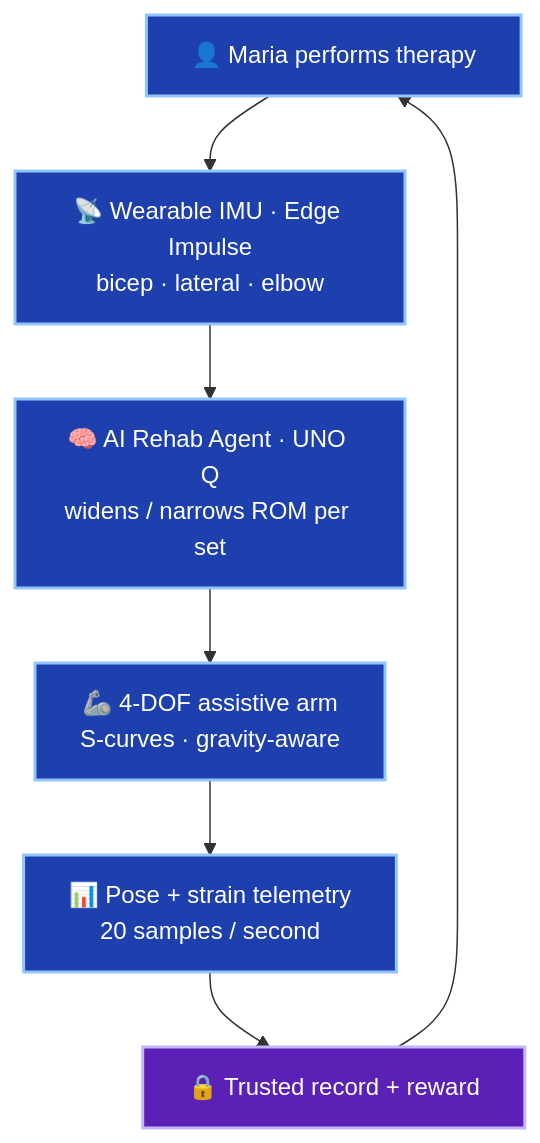
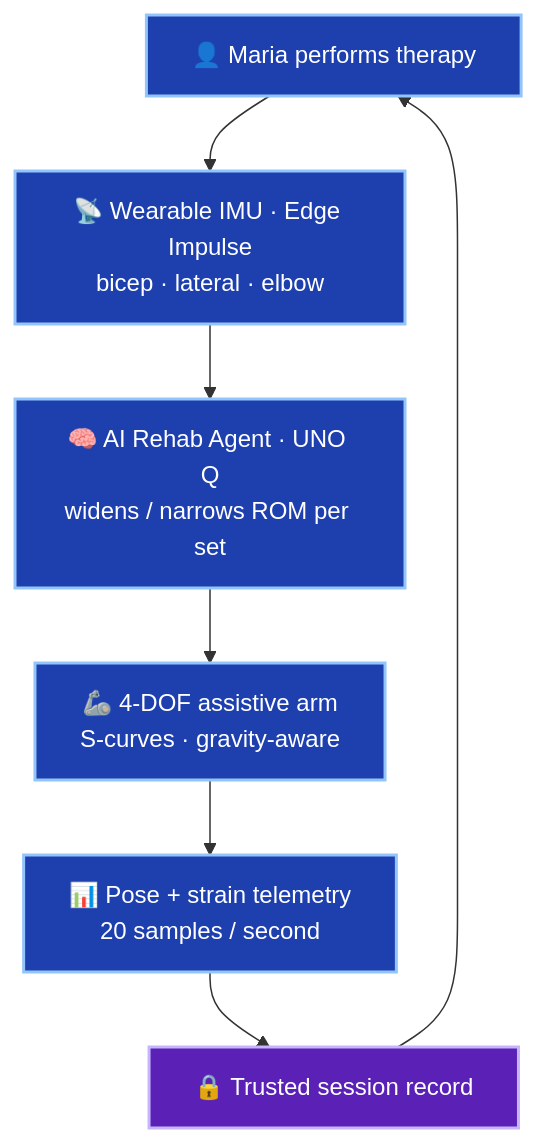
Before and after one commit to altaga/Armic: the first of 7 diagrams in README.md, drawn with Mermaid. The commit also changed other lines of this file and 5 other files, not shown here.

````diff
--- a/README.md
+++ b/README.md
@@ -101,16 +111,16 @@
 ```mermaid
 flowchart TD
     A["👤 Maria performs therapy"]
     B["📡 Wearable IMU · Edge Impulse\nbicep · lateral · elbow"]
     C["🧠 AI Rehab Agent · UNO Q\nwidens / narrows ROM per set"]
     D["🦾 4-DOF assistive arm\nS-curves · gravity-aware"]
     E["📊 Pose + strain telemetry\n20 samples / second"]
-    F["🔒 Trusted record + reward"]
+    F["🔒 Trusted session record"]
 
     A --> B --> C --> D --> E --> F --> A
 
     classDef step fill:#1e40af,color:#ffffff,stroke:#93c5fd,stroke-width:2px
     classDef record fill:#5b21b6,color:#ffffff,stroke:#c4b5fd,stroke-width:2px
     class A,B,C,D,E step
     class F record
 ```
````
